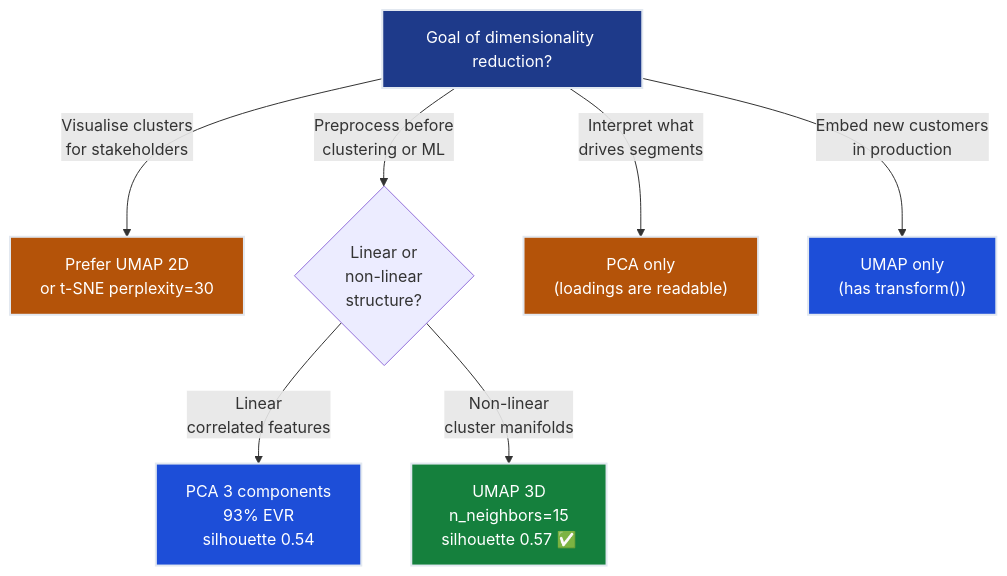
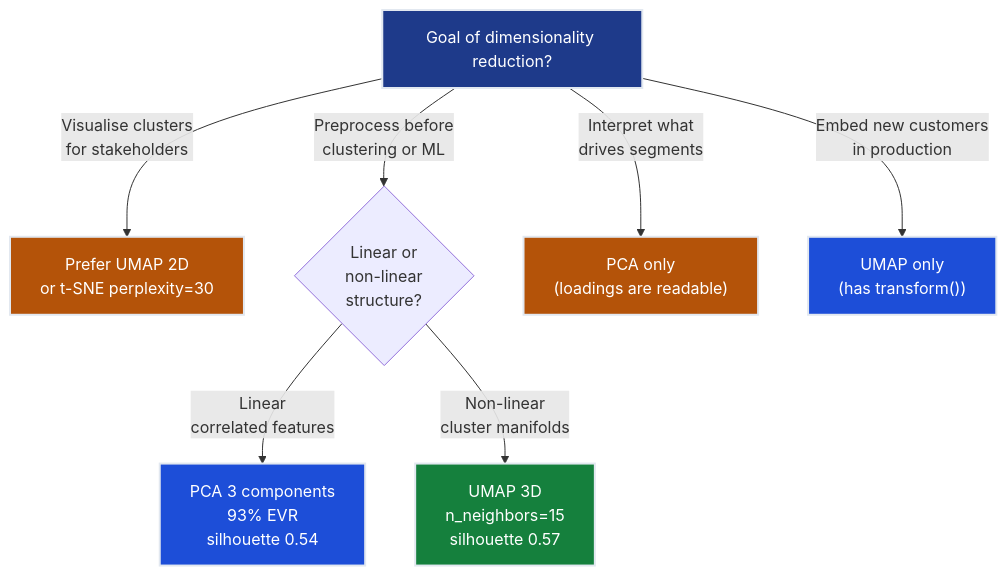
One commit to dsgouda7/ai-portfolio changed the third of 5 diagrams in notes/01-ml/07-unsupervised-learning/ch02_dimensionality_reduction/README.md. Above: the diagram before and after it, drawn with Mermaid. The commit also changed other lines of this file and 179 other files, not shown here.

````diff
--- a/notes/01-ml/07-unsupervised-learning/ch02_dimensionality_reduction/README.md
+++ b/notes/01-ml/07-unsupervised-learning/ch02_dimensionality_reduction/README.md
@@ -448,16 +445,16 @@
 ```mermaid
 flowchart TD
-    Q["Goal of dimensionality reduction?"]
-    Q -->|"Visualise clusters\nfor stakeholders"| VIS["Prefer UMAP 2D\nor t-SNE perplexity=30"]
-    Q -->|"Preprocess before\nclustering or ML"| PRE{"Linear or\nnon-linear\nstructure?"}
-    Q -->|"Interpret what\ndrives segments"| INT["PCA only\n(loadings are readable)"]
-    Q -->|"Embed new customers\nin production"| NEW["UMAP only\n(has transform())"]
-    PRE -->|"Linear\ncorrelated features"| PCA_N["PCA 3 components\n93% EVR\nsilhouette 0.54"]
-    PRE -->|"Non-linear\ncluster manifolds"| UMAP_N["UMAP 3D\nn_neighbors=15\nsilhouette 0.57 ✅"]
-    style Q fill:#1e3a8a,stroke:#e2e8f0,stroke-width:2px,color:#ffffff
-    style VIS fill:#b45309,stroke:#e2e8f0,stroke-width:2px,color:#ffffff
-    style INT fill:#b45309,stroke:#e2e8f0,stroke-width:2px,color:#ffffff
-    style NEW fill:#1d4ed8,stroke:#e2e8f0,stroke-width:2px,color:#ffffff
-    style PCA_N fill:#1d4ed8,stroke:#e2e8f0,stroke-width:2px,color:#ffffff
-    style UMAP_N fill:#15803d,stroke:#e2e8f0,stroke-width:2px,color:#ffffff
+ Q["Goal of dimensionality reduction?"]
+ Q -->|"Visualise clusters\nfor stakeholders"| VIS["Prefer UMAP 2D\nor t-SNE perplexity=30"]
+ Q -->|"Preprocess before\nclustering or ML"| PRE{"Linear or\nnon-linear\nstructure?"}
+ Q -->|"Interpret what\ndrives segments"| INT["PCA only\n(loadings are readable)"]
+ Q -->|"Embed new customers\nin production"| NEW["UMAP only\n(has transform())"]
+ PRE -->|"Linear\ncorrelated features"| PCA_N["PCA 3 components\n93% EVR\nsilhouette 0.54"]
+ PRE -->|"Non-linear\ncluster manifolds"| UMAP_N["UMAP 3D\nn_neighbors=15\nsilhouette 0.57 "]
+ style Q fill:#1e3a8a,stroke:#e2e8f0,stroke-width:2px,color:#ffffff
+ style VIS fill:#b45309,stroke:#e2e8f0,stroke-width:2px,color:#ffffff
+ style INT fill:#b45309,stroke:#e2e8f0,stroke-width:2px,color:#ffffff
+ style NEW fill:#1d4ed8,stroke:#e2e8f0,stroke-width:2px,color:#ffffff
+ style PCA_N fill:#1d4ed8,stroke:#e2e8f0,stroke-width:2px,color:#ffffff
+ style UMAP_N fill:#15803d,stroke:#e2e8f0,stroke-width:2px,color:#ffffff
 ```
````
